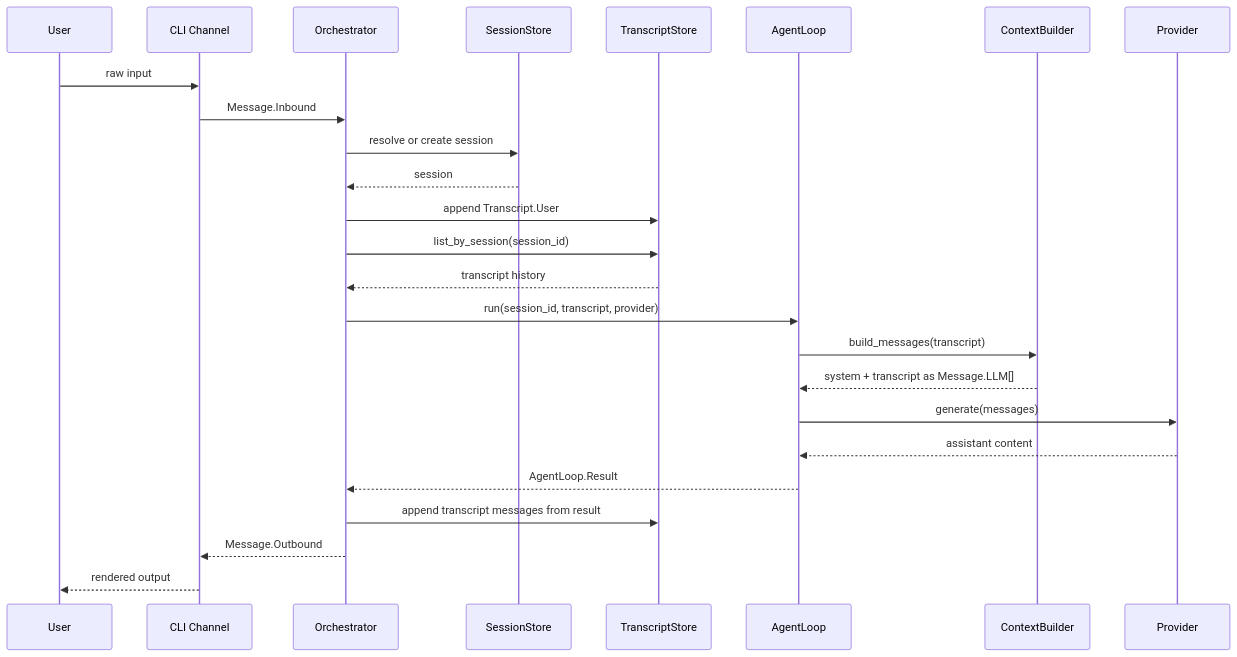
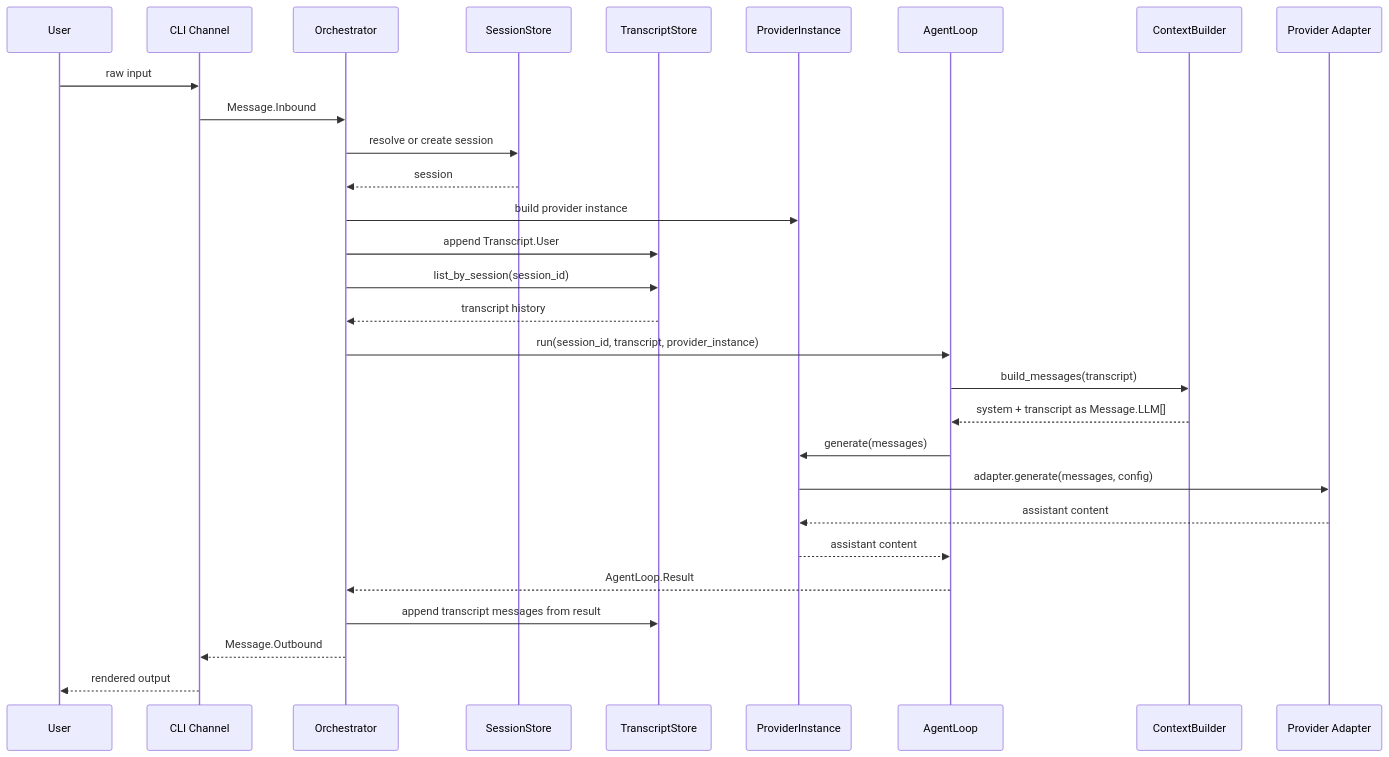
One commit to 0xc14m1z/nexus changed the second of 3 diagrams in docs/architecture-diagrams.md. Above: the diagram before and after it, drawn with Mermaid. The commit also changed other lines of this file and 14 other files, not shown here.

Commit message:
refactor: introduce provider instance runtime wrapper

````diff
--- a/docs/architecture-diagrams.md
+++ b/docs/architecture-diagrams.md
@@ -46,28 +50,32 @@
 ```mermaid
 sequenceDiagram
     participant U as User
     participant C as CLI Channel
     participant O as Orchestrator
     participant S as SessionStore
     participant T as TranscriptStore
+    participant PI as ProviderInstance
     participant A as AgentLoop
     participant B as ContextBuilder
-    participant P as Provider
+    participant P as Provider Adapter
 
     U->>C: raw input
     C->>O: Message.Inbound
     O->>S: resolve or create session
     S-->>O: session
+    O->>PI: build provider instance
     O->>T: append Transcript.User
     O->>T: list_by_session(session_id)
     T-->>O: transcript history
-    O->>A: run(session_id, transcript, provider)
+    O->>A: run(session_id, transcript, provider_instance)
     A->>B: build_messages(transcript)
     B-->>A: system + transcript as Message.LLM[]
-    A->>P: generate(messages)
-    P-->>A: assistant content
+    A->>PI: generate(messages)
+    PI->>P: adapter.generate(messages, config)
+    P-->>PI: assistant content
+    PI-->>A: assistant content
     A-->>O: AgentLoop.Result
     O->>T: append transcript messages from result
     O-->>C: Message.Outbound
     C-->>U: rendered output
 ```
````
